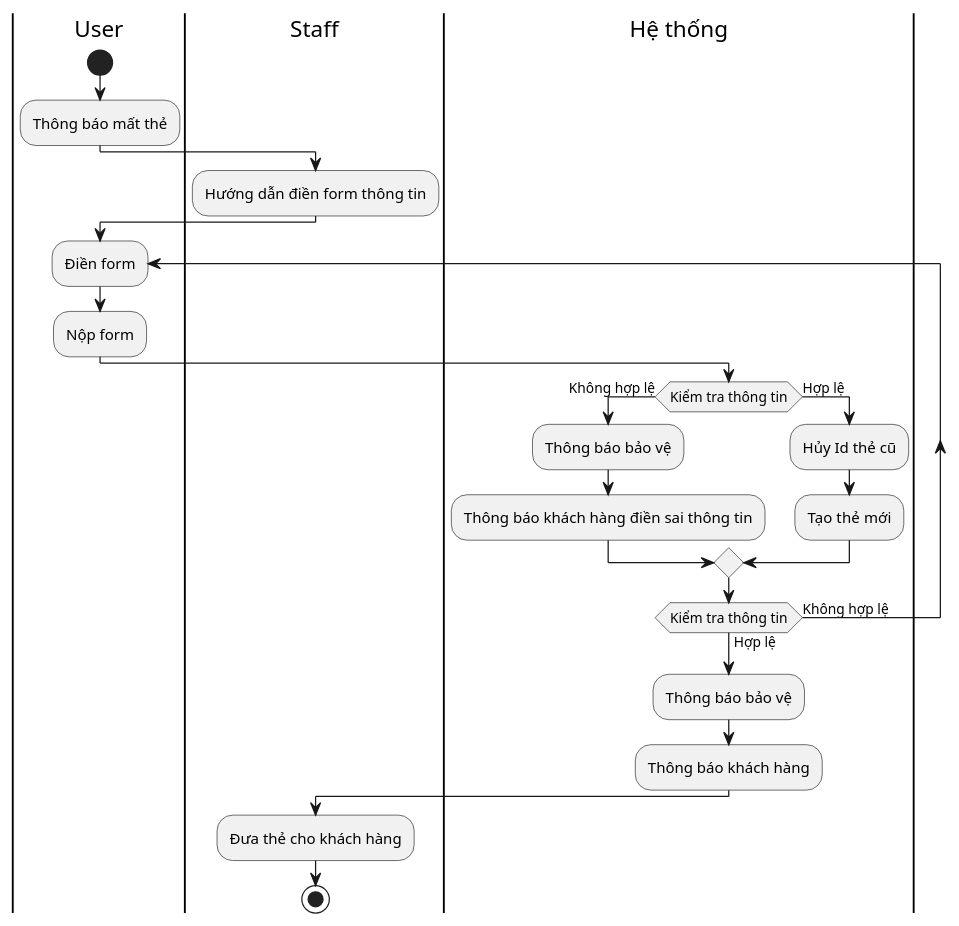
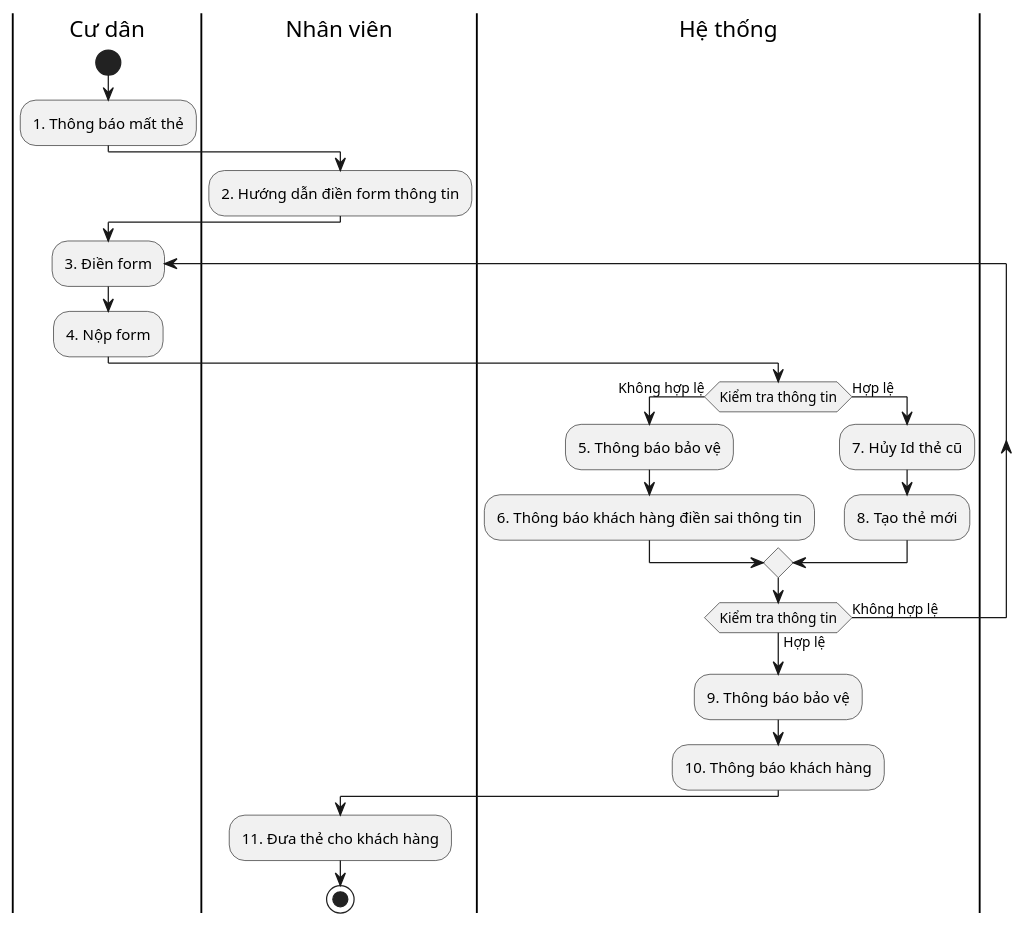
One commit to QuickyBooster/SE357-Pratice-class changed the diagram in Lab1/Lab1.2/Activity Diagram/Quản lý ra vào/Hỗ trợ mất thẻ.puml. Above: the diagram before and after it, drawn with PlantUML. The commit also changed 19 other files, not shown here.

```diff
--- a/Lab1/Lab1.2/Activity Diagram/Quản lý ra vào/Hỗ trợ mất thẻ.puml
+++ b/Lab1/Lab1.2/Activity Diagram/Quản lý ra vào/Hỗ trợ mất thẻ.puml
@@ -1,25 +1,25 @@
 @startuml
-|User|
+|Cư dân|
 start
-:Thông báo mất thẻ;
-|Staff|
-:Hướng dẫn điền form thông tin;
-|User|
-repeat :Điền form;
-:Nộp form;
-|User|
+:1. Thông báo mất thẻ;
+|Nhân viên|
+:2. Hướng dẫn điền form thông tin;
+|Cư dân|
+repeat :3. Điền form;
+:4. Nộp form;
+|Cư dân|
 |Hệ thống|
 if (Kiểm tra thông tin) then (Không hợp lệ)
-    :Thông báo bảo vệ;
-    :Thông báo khách hàng điền sai thông tin;
+    :5. Thông báo bảo vệ;
+    :6. Thông báo khách hàng điền sai thông tin;
 else (Hợp lệ)
-    :Hủy Id thẻ cũ;
-    :Tạo thẻ mới;
+    :7. Hủy Id thẻ cũ;
+    :8. Tạo thẻ mới;
 endif
 repeat while (Kiểm tra thông tin) is (Không hợp lệ) not (Hợp lệ)
-:Thông báo bảo vệ;
-:Thông báo khách hàng;
-|Staff|
-:Đưa thẻ cho khách hàng;
+:9. Thông báo bảo vệ;
+:10. Thông báo khách hàng;
+|Nhân viên|
+:11. Đưa thẻ cho khách hàng;
 stop
 @enduml
```
